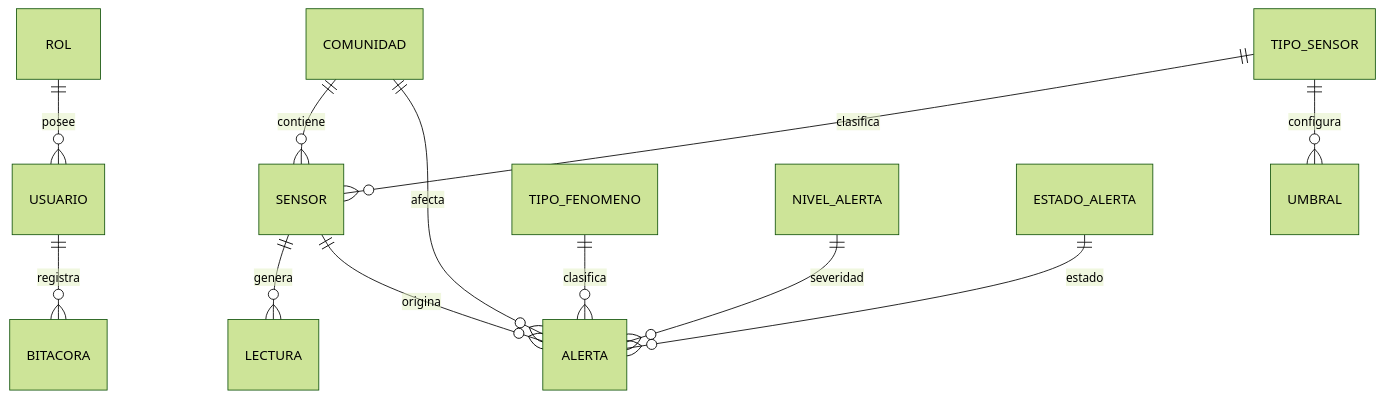
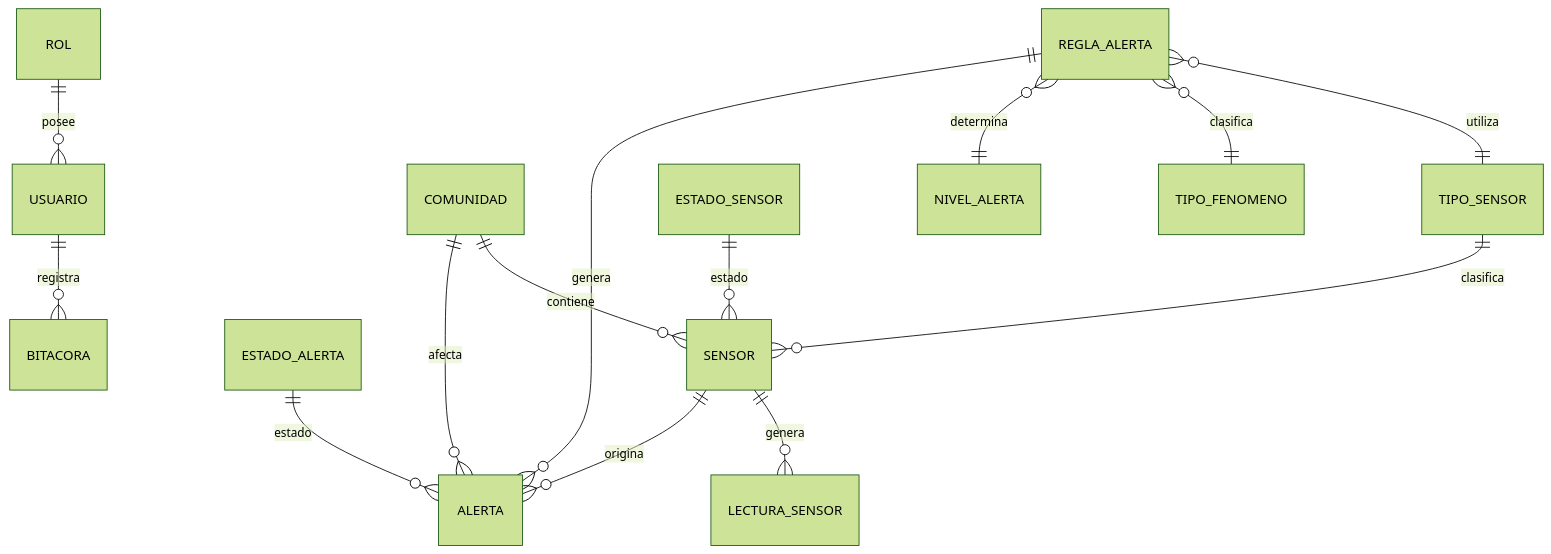
The diagram in docs/DOC-10-Modelo de BD.md (acifuinaMar/ClimGuard), drawn with Mermaid (forest theme) before and after one commit. The commit also changed other lines of this file and 7 other files, not shown here.

````diff
--- a/docs/DOC-10-Modelo de BD.md
+++ b/docs/DOC-10-Modelo de BD.md
@@ -69,25 +66,29 @@
 ```mermaid
 erDiagram
 
 ROL ||--o{ USUARIO : posee
 
 COMUNIDAD ||--o{ SENSOR : contiene
 
 TIPO_SENSOR ||--o{ SENSOR : clasifica
 
-TIPO_SENSOR ||--o{ UMBRAL : configura
+ESTADO_SENSOR ||--o{ SENSOR : estado
 
-SENSOR ||--o{ LECTURA : genera
+SENSOR ||--o{ LECTURA_SENSOR : genera
 
 SENSOR ||--o{ ALERTA : origina
 
 COMUNIDAD ||--o{ ALERTA : afecta
 
-TIPO_FENOMENO ||--o{ ALERTA : clasifica
+REGLA_ALERTA }o--|| TIPO_SENSOR : utiliza
 
-NIVEL_ALERTA ||--o{ ALERTA : severidad
+REGLA_ALERTA }o--|| TIPO_FENOMENO : clasifica
+
+REGLA_ALERTA }o--|| NIVEL_ALERTA : determina
+
+REGLA_ALERTA ||--o{ ALERTA : genera
 
 ESTADO_ALERTA ||--o{ ALERTA : estado
 
 USUARIO ||--o{ BITACORA : registra
 ```
````
